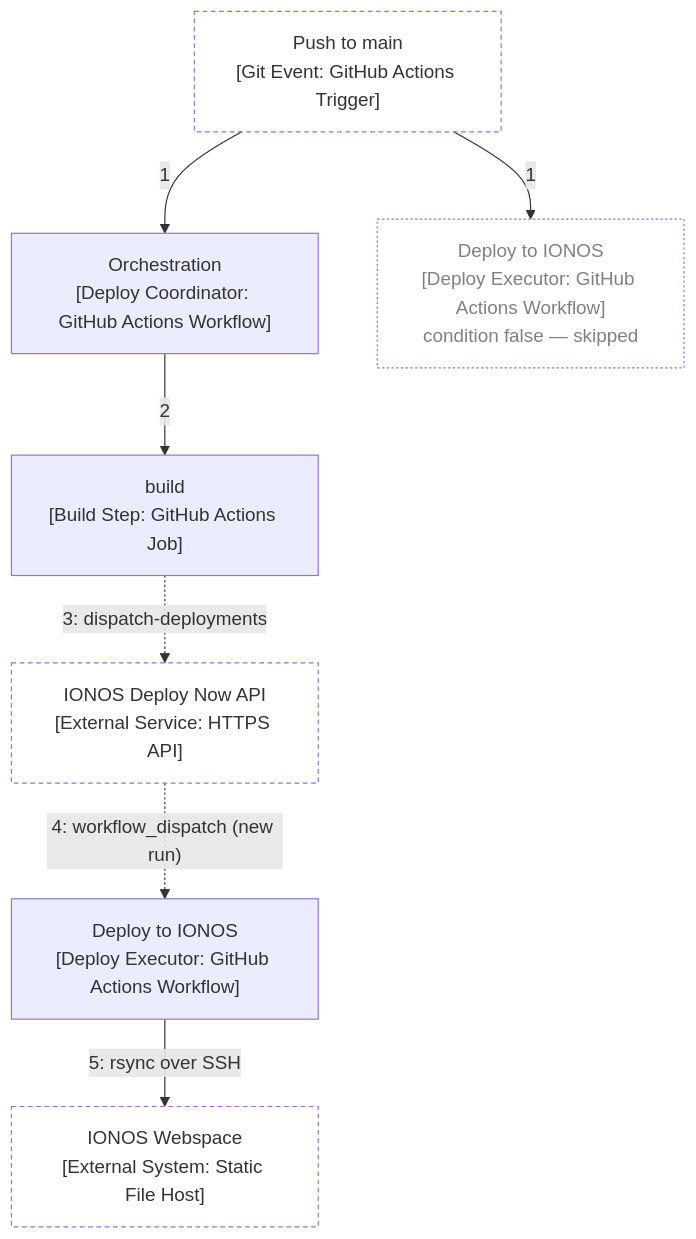
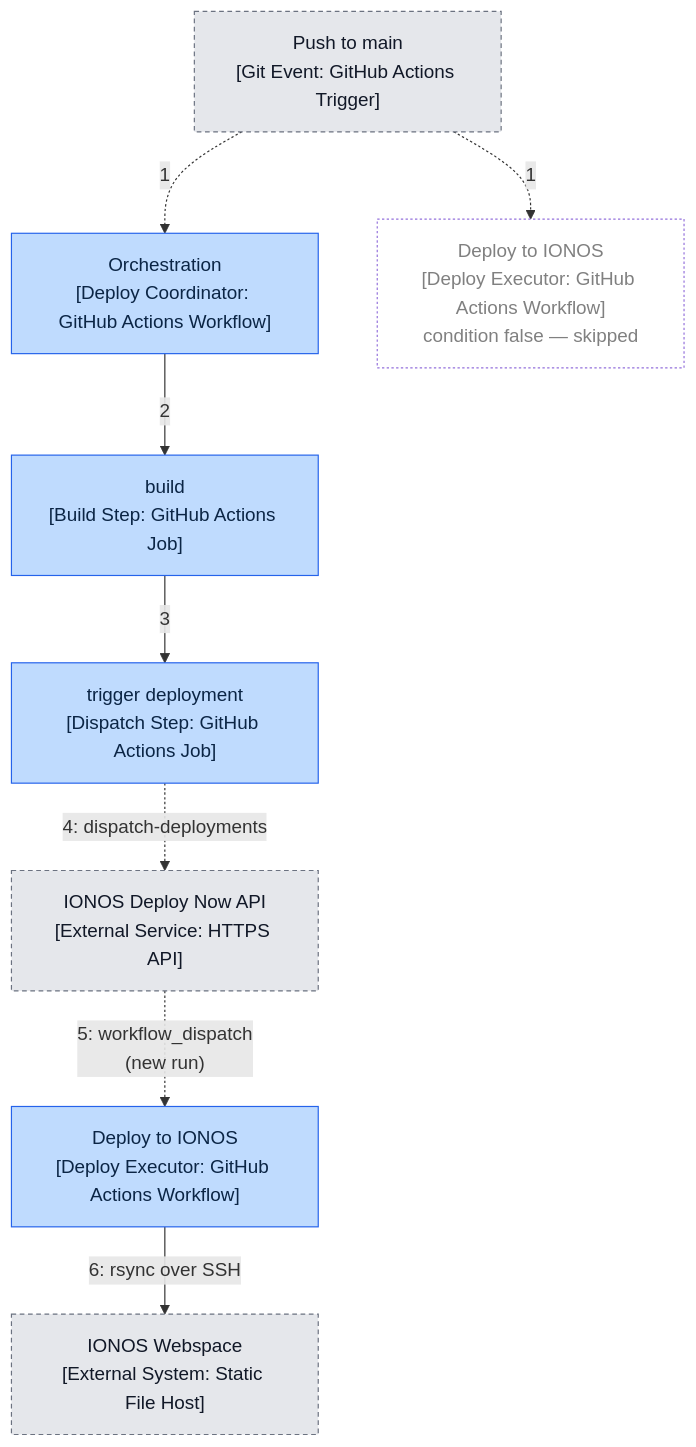
One commit to cfisch3r/estimate changed the third of 3 diagrams in docs/technical/runbook.md. Above: the diagram before and after it, drawn with Mermaid. The commit also changed other lines of this file and 1 other file, not shown here.

````diff
--- a/docs/technical/runbook.md
+++ b/docs/technical/runbook.md
@@ -68,21 +105,26 @@
 ```mermaid
 flowchart TB
   Push["Push to main<br/>[Git Event: GitHub Actions Trigger]"]:::external
 
   Orch["Orchestration<br/>[Deploy Coordinator: GitHub Actions Workflow]"]
   BuildJob["build<br/>[Build Step: GitHub Actions Job]"]
+  TriggerJob["trigger deployment<br/>[Dispatch Step: GitHub Actions Job]"]
   DeployWf["Deploy to IONOS<br/>[Deploy Executor: GitHub Actions Workflow]"]
   DeployWfSkip["Deploy to IONOS<br/>[Deploy Executor: GitHub Actions Workflow]<br/>condition false — skipped"]:::skipped
   IonosAPI["IONOS Deploy Now API<br/>[External Service: HTTPS API]"]:::external
   Webspace["IONOS Webspace<br/>[External System: Static File Host]"]:::external
 
-  Push -->|1| Orch
-  Push -->|1| DeployWfSkip
+  Push -.->|1| Orch
+  Push -.->|1| DeployWfSkip
   Orch -->|2| BuildJob
-  BuildJob -.->|"3: dispatch-deployments"| IonosAPI
-  IonosAPI -.->|"4: workflow_dispatch (new run)"| DeployWf
-  DeployWf -->|"5: rsync over SSH"| Webspace
+  BuildJob -->|3| TriggerJob
+  TriggerJob -.->|"4: dispatch-deployments"| IonosAPI
+  IonosAPI -.->|"5: workflow_dispatch<br/>(new run)"| DeployWf
+  DeployWf -->|"6: rsync over SSH"| Webspace
 
-  classDef external fill:transparent,stroke-dasharray: 4 3
+  classDef deploy fill:#BFDBFE,stroke:#2563EB,color:#0B2545
+  classDef ci fill:#DDD6FE,stroke:#7C3AED,color:#2E1065
+  classDef external fill:#E5E7EB,stroke:#6B7280,color:#111827,stroke-dasharray: 4 3
   classDef skipped fill:transparent,stroke-dasharray: 2 2,color:gray
+  class Orch,BuildJob,TriggerJob,DeployWf deploy
 ```
````
